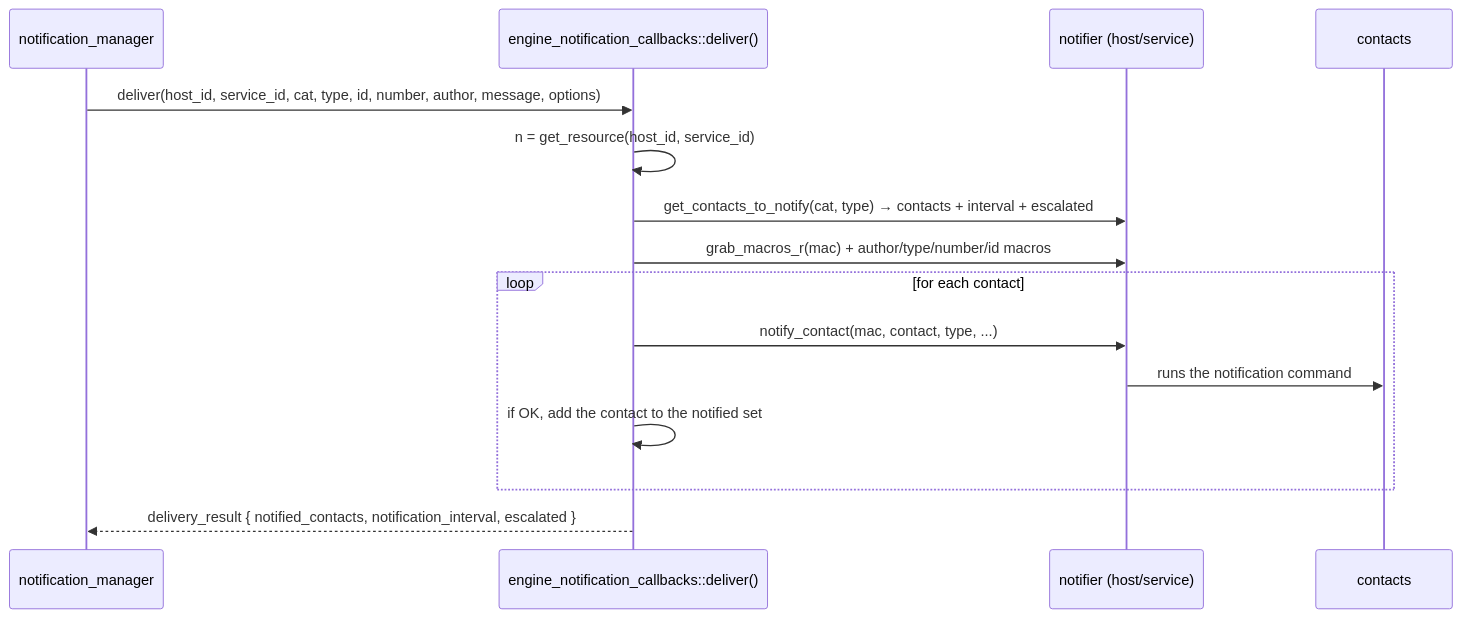
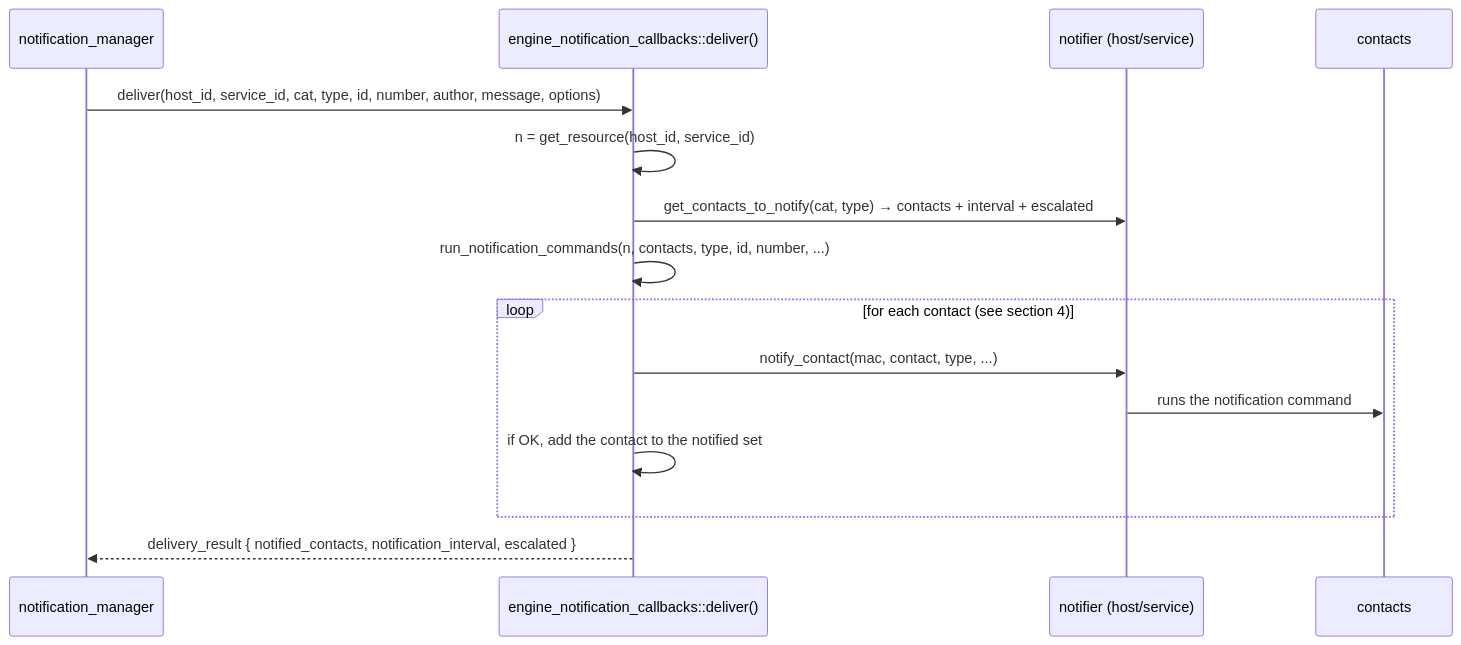
One commit to centreon/centreon-collect changed diagram 12 of 14 in doc/notifications-en.md. Above: the diagram before and after it, drawn with Mermaid. The commit also changed other lines of this file and 3 other files, not shown here.

````diff
--- a/doc/notifications-en.md
+++ b/doc/notifications-en.md
@@ -560,18 +571,18 @@
 ```mermaid
 sequenceDiagram
     participant NM as notification_manager
     participant ENC as engine_notification_callbacks::deliver()
     participant NF as notifier (host/service)
     participant CT as contacts
 
     NM->>ENC: deliver(host_id, service_id, cat, type, id, number, author, message, options)
     ENC->>ENC: n = get_resource(host_id, service_id)
     ENC->>NF: get_contacts_to_notify(cat, type) → contacts + interval + escalated
-    ENC->>NF: grab_macros_r(mac) + author/type/number/id macros
-    loop for each contact
+    ENC->>ENC: run_notification_commands(n, contacts, type, id, number, ...)
+    loop for each contact (see section 4)
         ENC->>NF: notify_contact(mac, contact, type, ...)
         NF->>CT: runs the notification command
         ENC->>ENC: if OK, add the contact to the notified set
     end
     ENC-->>NM: delivery_result { notified_contacts, notification_interval, escalated }
 ```
````
